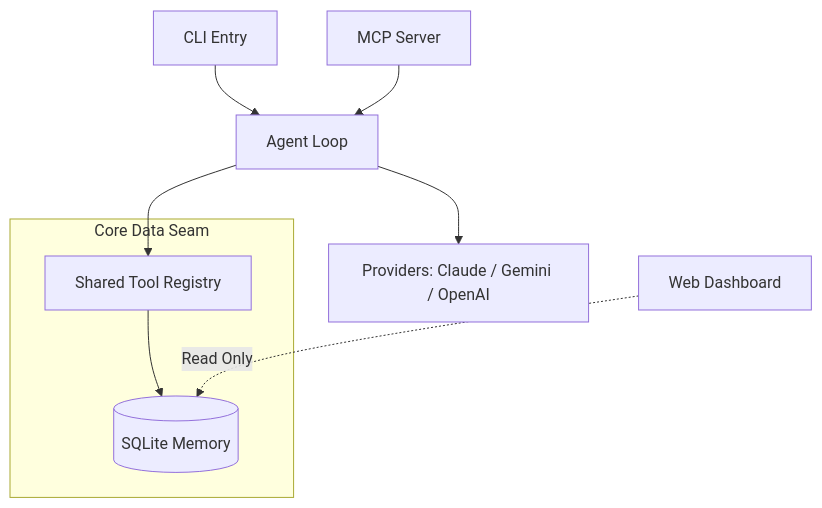
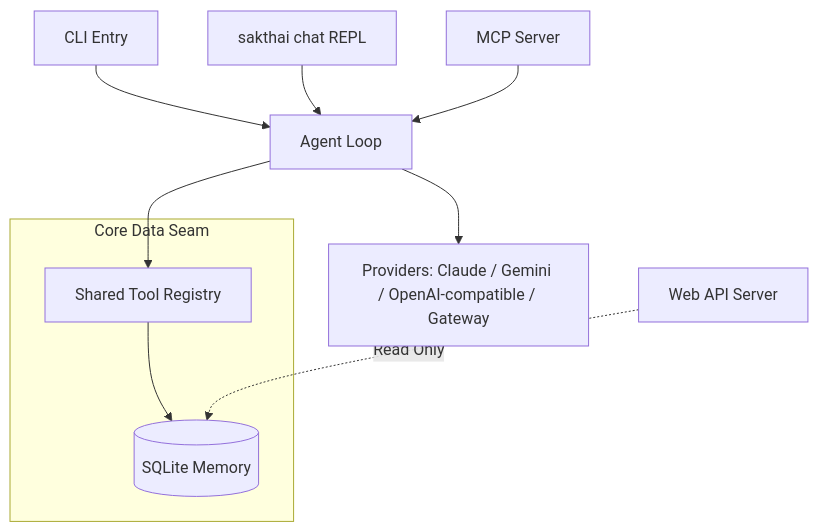
The diagram in README.md (beer-sakthai/Sak-Family-Agent), drawn with Mermaid before and after one commit. The commit also changed other lines of this file, not shown here.

First line of the commit message:
docs: refresh README — chat command, real repo layout, full CLI + env reference

````diff
--- a/README.md
+++ b/README.md
@@ -104,16 +145,17 @@
 ```mermaid
 graph TD
     CLI[CLI Entry] --> AgentLoop[Agent Loop]
+    Chat[sakthai chat REPL] --> AgentLoop
     MCP[MCP Server] --> AgentLoop
     
     AgentLoop --> SharedTools[Shared Tool Registry]
     SharedTools --> MemoryStore[(SQLite Memory)]
-    Web[Web Dashboard] -. Read Only .-> MemoryStore
+    Web[Web API Server] -. Read Only .-> MemoryStore
     
-    AgentLoop --> Provider[Providers: Claude / Gemini / OpenAI]
+    AgentLoop --> Provider[Providers: Claude / Gemini / OpenAI-compatible / Gateway]
     
     subgraph "Core Data Seam"
     SharedTools
     MemoryStore
     end
 ```
````
